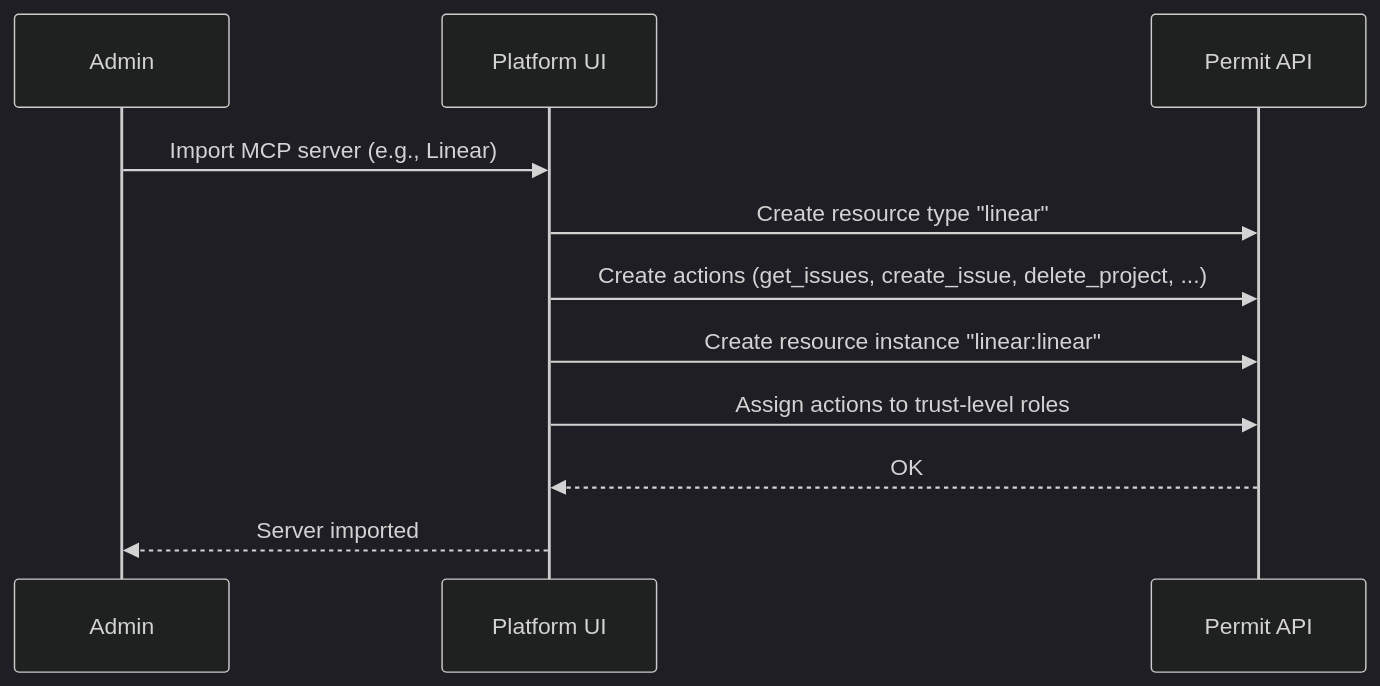
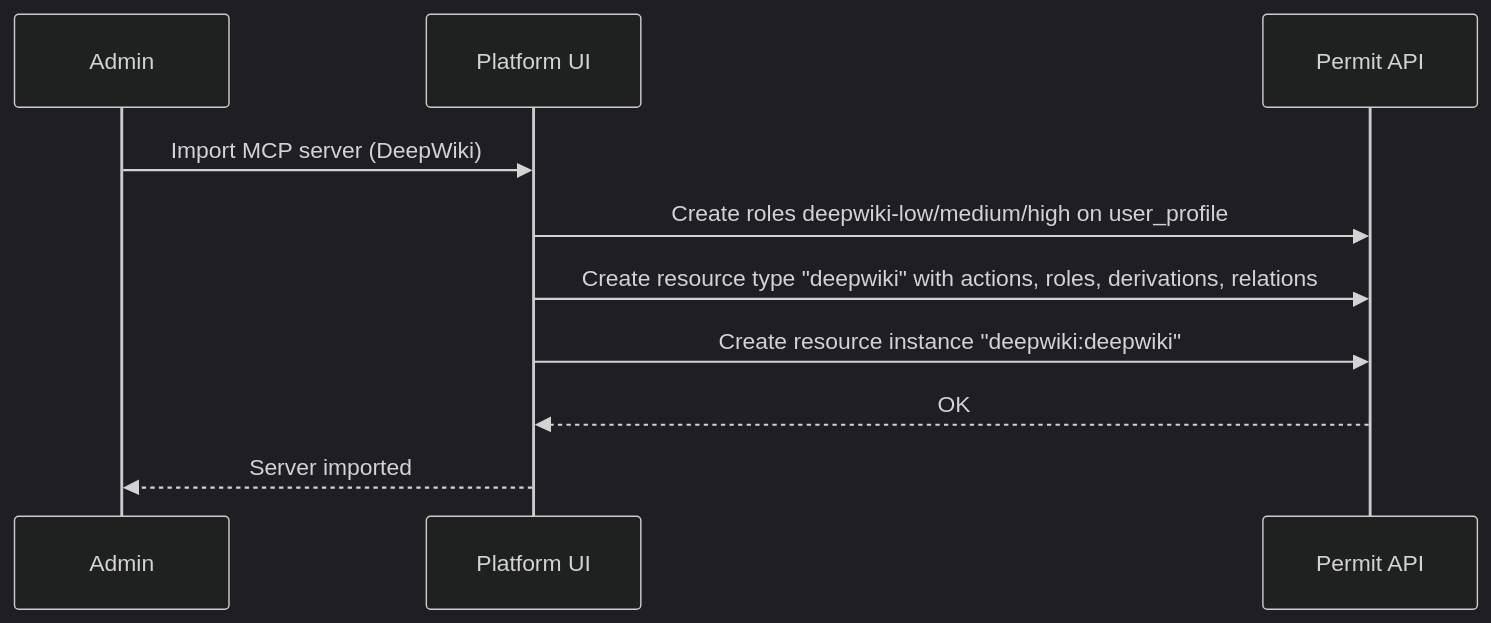
The third of 6 diagrams in docs/permit-mcp-gateway/permit-integration.mdx (permitio/docs), drawn with Mermaid (dark theme) before and after one commit. The commit also changed other lines of this file and 126 other files, not shown here.

First line of the commit message:
PER-19035: docs(mcp-gateway): refresh the Permit MCP Gateway docs and screenshots against production

````diff
--- a/docs/permit-mcp-gateway/permit-integration.mdx
+++ b/docs/permit-mcp-gateway/permit-integration.mdx
@@ -161,14 +172,13 @@
 ```mermaid
 sequenceDiagram
     participant Admin
     participant Platform as Platform UI
     participant Permit as Permit API
 
-    Admin->>Platform: Import MCP server (e.g., Linear)
-    Platform->>Permit: Create resource type "linear"
-    Platform->>Permit: Create actions (get_issues, create_issue, delete_project, ...)
-    Platform->>Permit: Create resource instance "linear:linear"
-    Platform->>Permit: Assign actions to trust-level roles
+    Admin->>Platform: Import MCP server (DeepWiki)
+    Platform->>Permit: Create roles deepwiki-low/medium/high on user_profile
+    Platform->>Permit: Create resource type "deepwiki" with actions, roles, derivations, relations
+    Platform->>Permit: Create resource instance "deepwiki:deepwiki"
     Permit-->>Platform: OK
     Platform-->>Admin: Server imported
 ```
````
